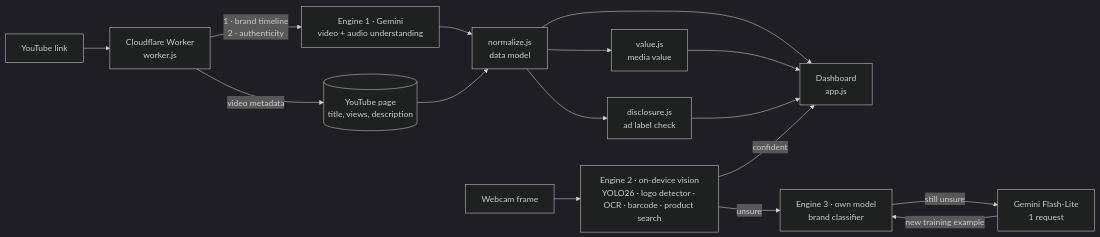
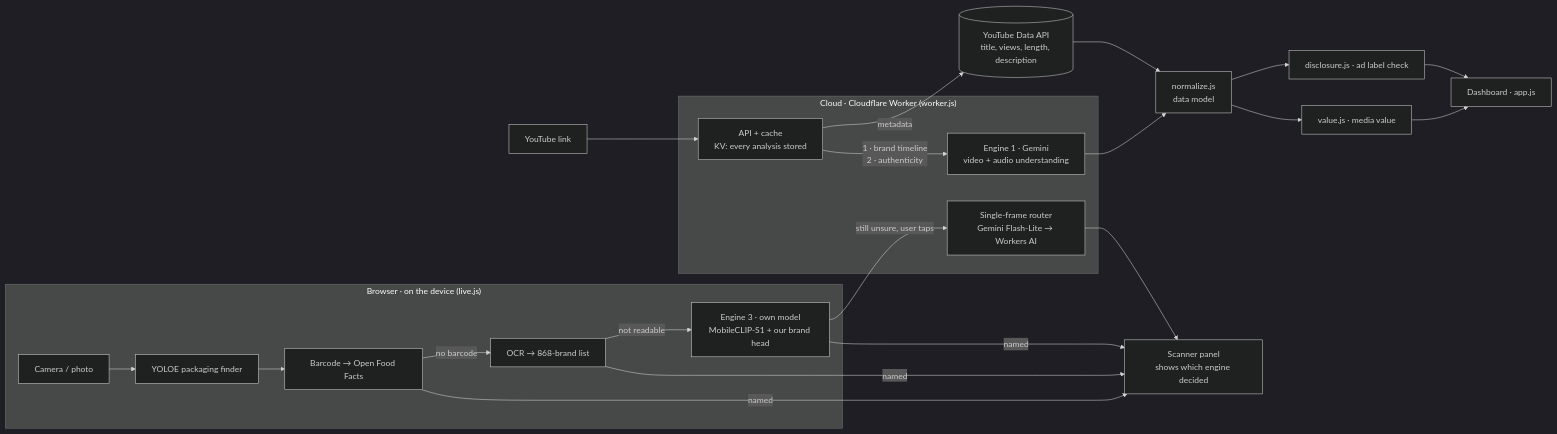
The diagram in README.md (moritzb1/placementradar), drawn with Mermaid (dark theme) before and after one commit. The commit also changed other lines of this file and 15 other files, not shown here.

Commit message:
Docs: README as a 3-minute tour with screenshots, updated architecture, models and evaluation summary

````diff
--- a/README.md
+++ b/README.md
@@ -37,18 +85,26 @@
 ```mermaid
 flowchart LR
-  U[YouTube link] --> W[Cloudflare Worker<br/>worker.js]
-  W -->|video metadata| YT[(YouTube page<br/>title, views, description)]
-  W -->|1 · brand timeline<br/>2 · authenticity| G[Engine 1 · Gemini<br/>video + audio understanding]
+  subgraph Cloud["Cloud · Cloudflare Worker (worker.js)"]
+    W[API + cache<br/>KV: every analysis stored]
+    G[Engine 1 · Gemini<br/>video + audio understanding]
+    R[Single-frame router<br/>Gemini Flash-Lite → Workers AI]
+  end
+  U[YouTube link] --> W
+  W -->|metadata| YT[(YouTube Data API<br/>title, views, length, description)]
+  W -->|1 · brand timeline<br/>2 · authenticity| G
   G --> N[normalize.js<br/>data model]
   YT --> N
-  N --> V[value.js<br/>media value]
-  N --> D[disclosure.js<br/>ad label check]
-  N --> UI[Dashboard<br/>app.js]
-  V --> UI
+  N --> V[value.js · media value]
+  N --> D[disclosure.js · ad label check]
+  V --> UI[Dashboard · app.js]
   D --> UI
-  C[Webcam frame] --> L[Engine 2 · on-device vision<br/>YOLO26 · logo detector · OCR · barcode · product search]
-  L -->|confident| UI
-  L -->|unsure| M[Engine 3 · own model<br/>brand classifier]
-  M -->|still unsure| GF[Gemini Flash-Lite<br/>1 request]
-  GF -->|new training example| M
+  subgraph Device["Browser · on the device (live.js)"]
+    C[Camera / photo] --> Y[YOLOE packaging finder]
+    Y --> B[Barcode → Open Food Facts]
+    B -->|no barcode| O[OCR → 868-brand list]
+    O -->|not readable| M[Engine 3 · own model<br/>MobileCLIP-S1 + our brand head]
+  end
+  M -->|still unsure, user taps| R
+  B & O & M -->|named| UI2[Scanner panel<br/>shows which engine decided]
+  R --> UI2
 ```
````
